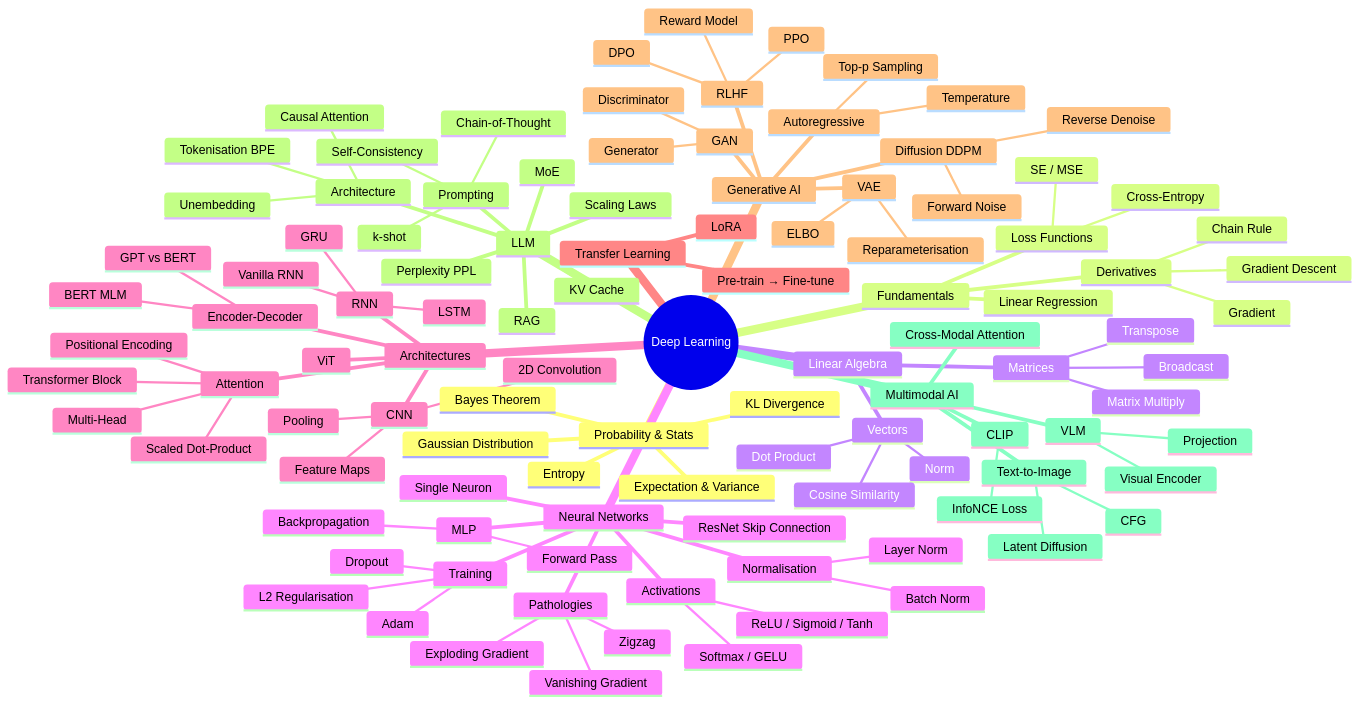
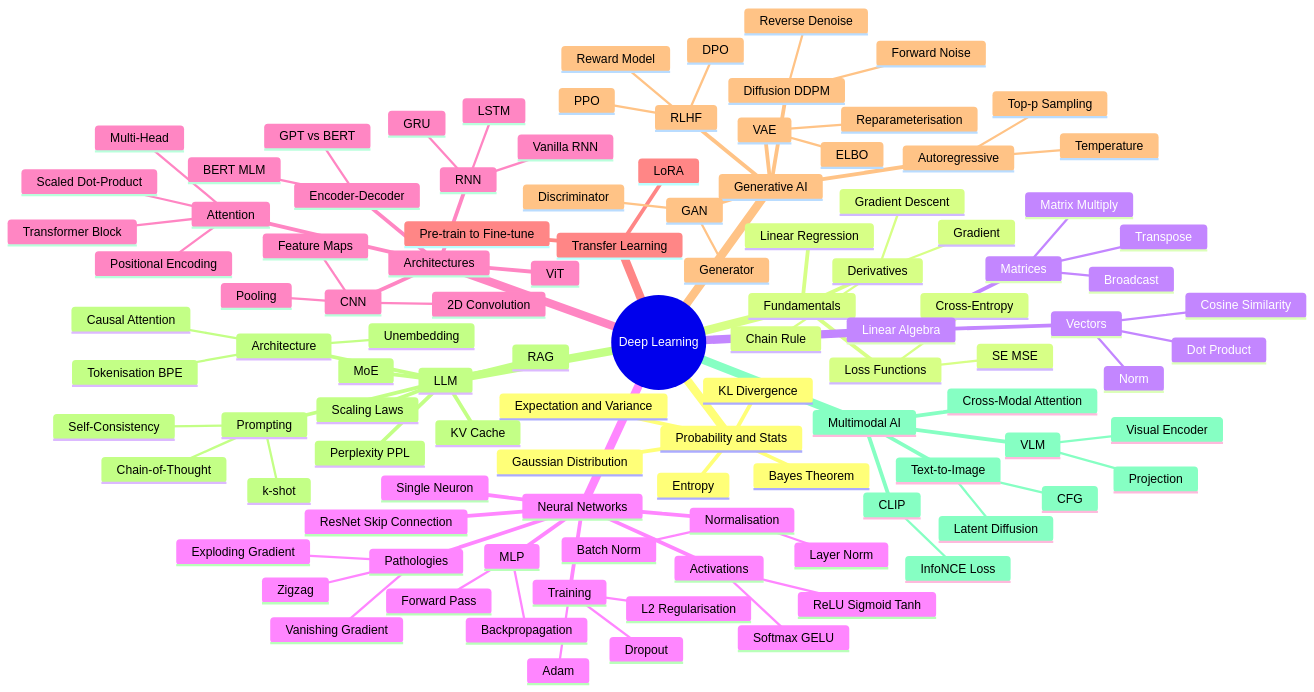
One commit to BriceLucifer/BriceLucifer.github.io changed the diagram in content/posts/MAI/llm_concept.md. Above: the diagram before and after it, drawn with Mermaid. The commit also changed 1 other file, not shown here.

Commit message:
fix the mermaid rendering bug

```diff
--- a/content/posts/MAI/llm_concept.md
+++ b/content/posts/MAI/llm_concept.md
@@ -16,16 +16,16 @@
 <div class="mermaid">
 mindmap
   root((Deep Learning))
-    Probability & Stats
+    Probability and Stats
       Gaussian Distribution
-      Expectation & Variance
+      Expectation and Variance
       Entropy
       KL Divergence
       Bayes Theorem
     Fundamentals
       Linear Regression
       Loss Functions
-        SE / MSE
+        SE MSE
         Cross-Entropy
       Derivatives
         Gradient
@@ -46,8 +46,8 @@
         Forward Pass
         Backpropagation
       Activations
-        ReLU / Sigmoid / Tanh
-        Softmax / GELU
+        ReLU Sigmoid Tanh
+        Softmax GELU
       Normalisation
         Batch Norm
         Layer Norm
@@ -79,7 +79,7 @@
         GPT vs BERT
       ViT
     Transfer Learning
-      Pre-train → Fine-tune
+      Pre-train to Fine-tune
       LoRA
     Generative AI
       VAE
```
